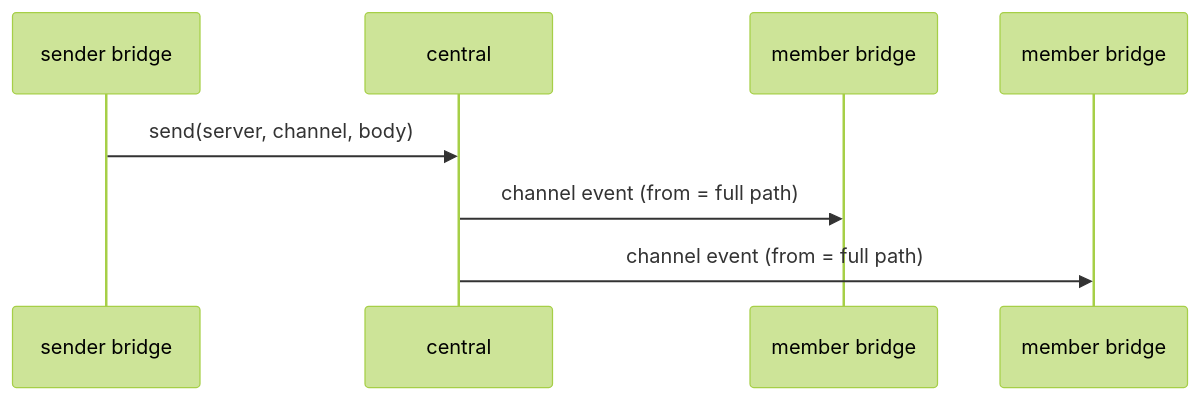
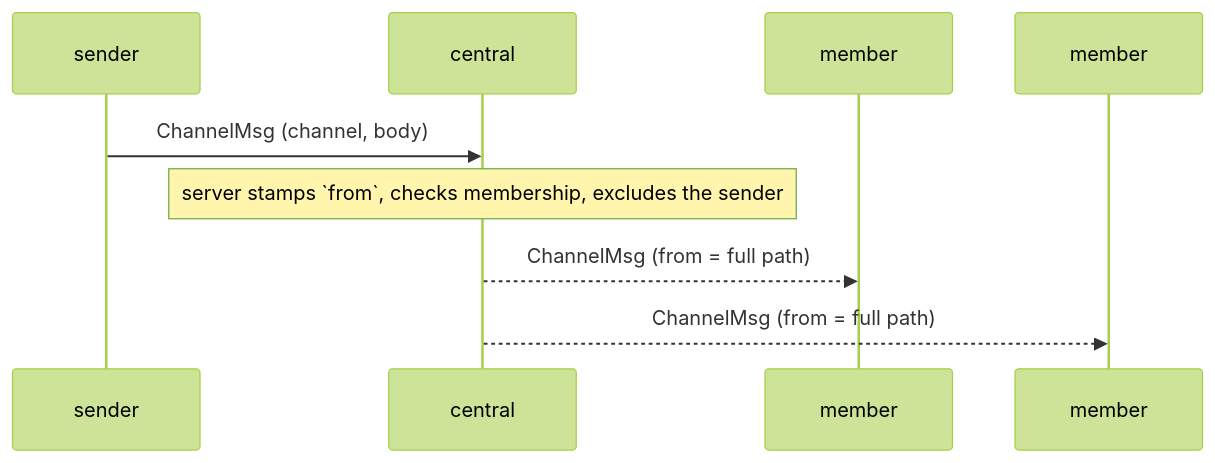
The second of 4 diagrams in README.md (twitchax/conclave), drawn with Mermaid (forest theme) before and after one commit. The commit also changed other lines of this file and 8 other files, not shown here.

````diff
--- a/README.md
+++ b/README.md
@@ -84,10 +87,11 @@
 ```mermaid
 sequenceDiagram
-    participant A as sender bridge
+    participant A as sender
     participant S as central
-    participant M1 as member bridge
-    participant M2 as member bridge
-    A->>S: send(server, channel, body)
-    S->>M1: channel event (from = full path)
-    S->>M2: channel event (from = full path)
+    participant M1 as member
+    participant M2 as member
+    A->>S: ChannelMsg (channel, body)
+    Note over S: server stamps `from`, checks membership, excludes the sender
+    S-->>M1: ChannelMsg (from = full path)
+    S-->>M2: ChannelMsg (from = full path)
 ```
````
